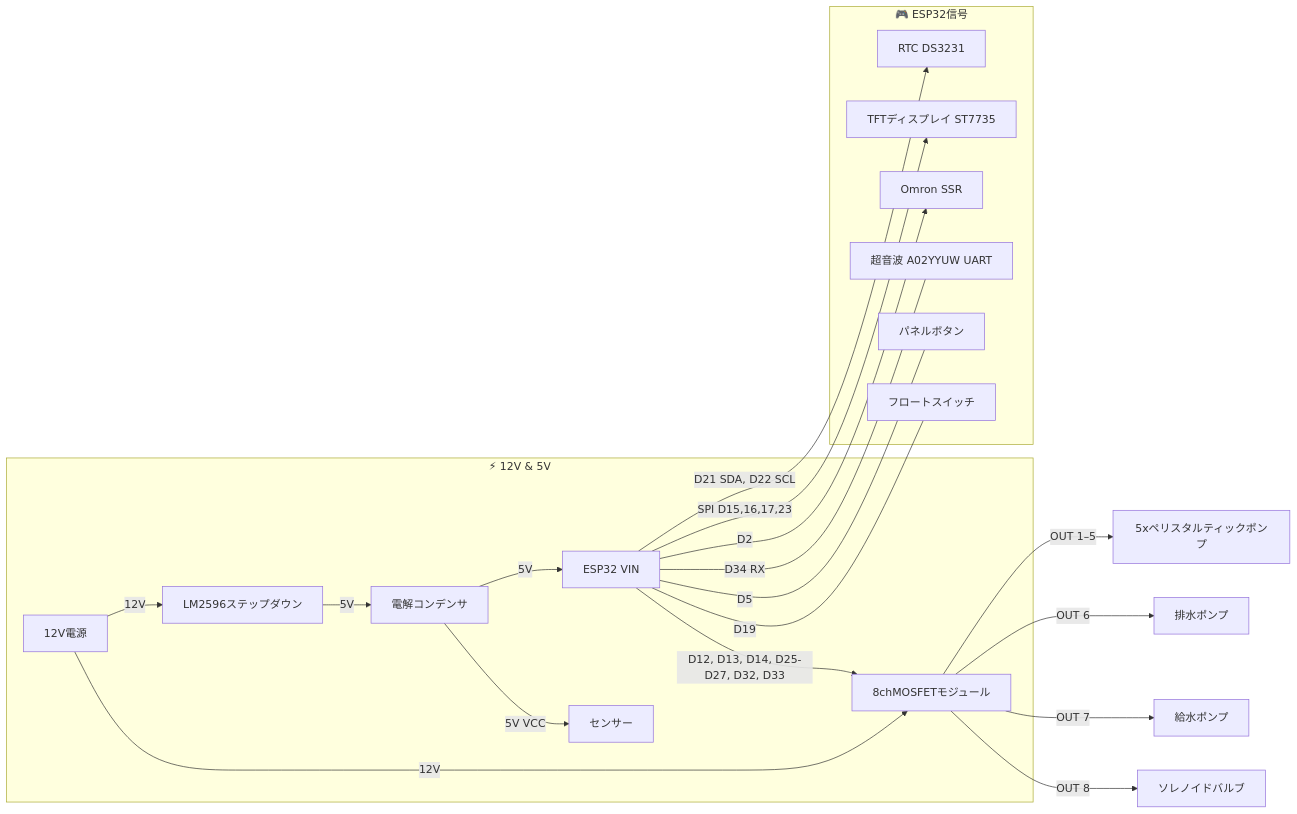
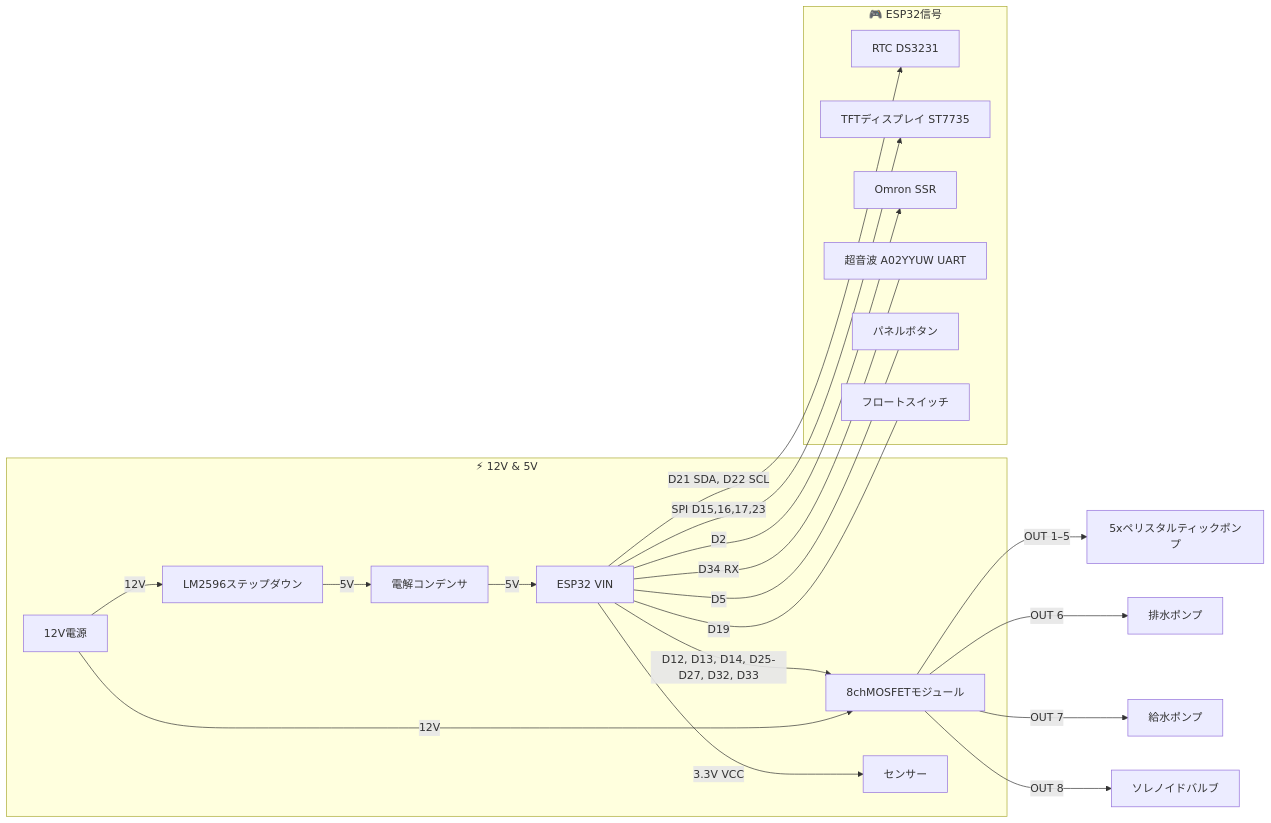
One commit to PhilipeGatis/IARA changed the second of 2 diagrams in README.ja.md. Above: the diagram before and after it, drawn with Mermaid. The commit also changed 2 other files, not shown here.

Commit message:
docs: the overview diagram fed the sensors 5V
HARDWARE.md carries a bold warning that the A02YYUW's output logic level
follows its VCC, so powering it at 5V puts 5V on GPIO34 and destroys the
pin permanently. The architecture diagram in all three READMEs drew the
sensor rail coming off the 5V bus — the first picture a builder sees,
contradicting the warning sixty lines into another document. Now 3.3V,
from the ESP32's regulator, which is what the build actually does.

Claude-Session: https://claude.ai/code/session_018JJ7SskgX2mbfAYasTPVyB

````diff
--- a/README.ja.md
+++ b/README.ja.md
@@ -114,25 +114,25 @@
 ```mermaid
 graph LR
   subgraph Power [⚡ 12V & 5V]
     PSU[12V電源] -->|12V| MOSFET[8chMOSFETモジュール]
     PSU -->|12V| LM2596[LM2596ステップダウン]
     LM2596 -->|5V| Cap[電解コンデンサ]
     Cap -->|5V| ESP32[ESP32 VIN]
-    Cap -->|5V VCC| SENS[センサー]
+    ESP32 -->|3.3V VCC| SENS[センサー]
   end
 
   subgraph Signals [🎮 ESP32信号]
     ESP32 -->|D21 SDA, D22 SCL| I2C[RTC DS3231]
     ESP32 -->|SPI D15,16,17,23| TFT[TFTディスプレイ ST7735]
     ESP32 -->|D12, D13, D14, D25-D27, D32, D33| MOSFET
     ESP32 -->|D2| SSR[Omron SSR]
     ESP32 ---|D34 RX| Ultra[超音波 A02YYUW UART]
     ESP32 ---|D5| Button[パネルボタン]
     ESP32 ---|D19| Float[フロートスイッチ]
   end
 
   MOSFET -->|OUT 1–5| Peristaltic[5xペリスタルティックポンプ]
   MOSFET -->|OUT 6| Drain[排水ポンプ]
   MOSFET -->|OUT 7| Refill[給水ポンプ]
   MOSFET -->|OUT 8| Solenoid[ソレノイドバルブ]
 ```
````
